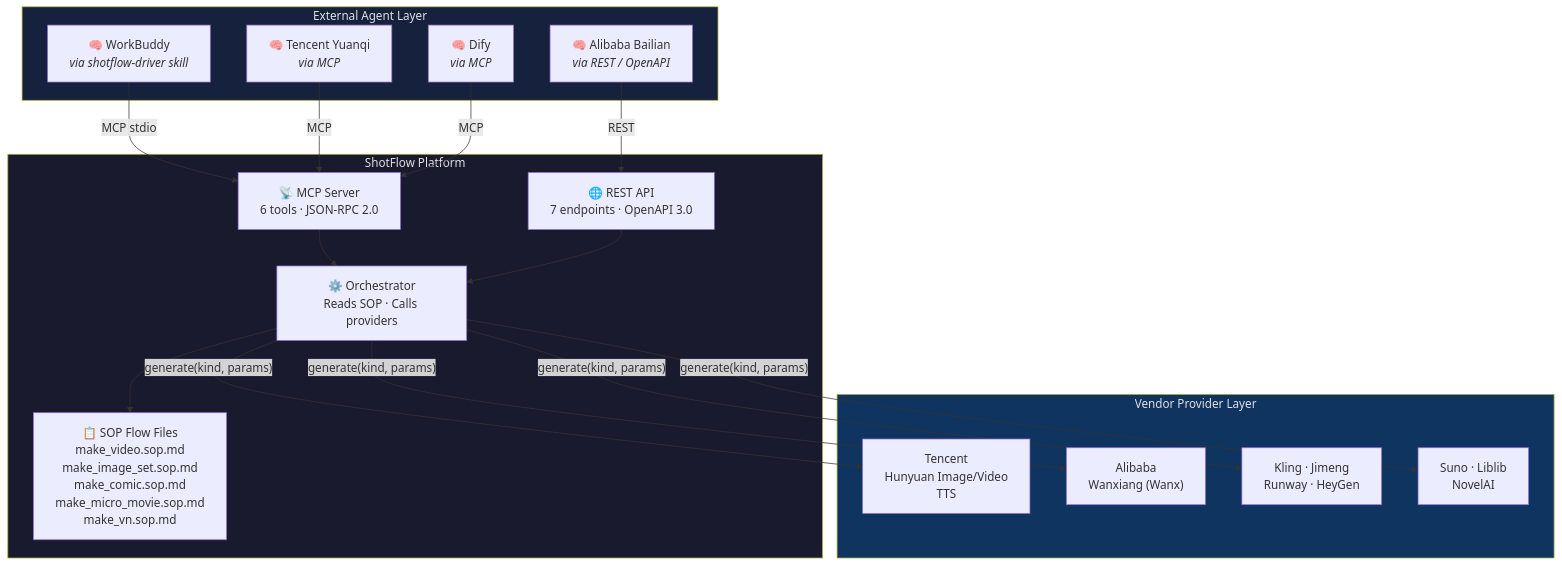
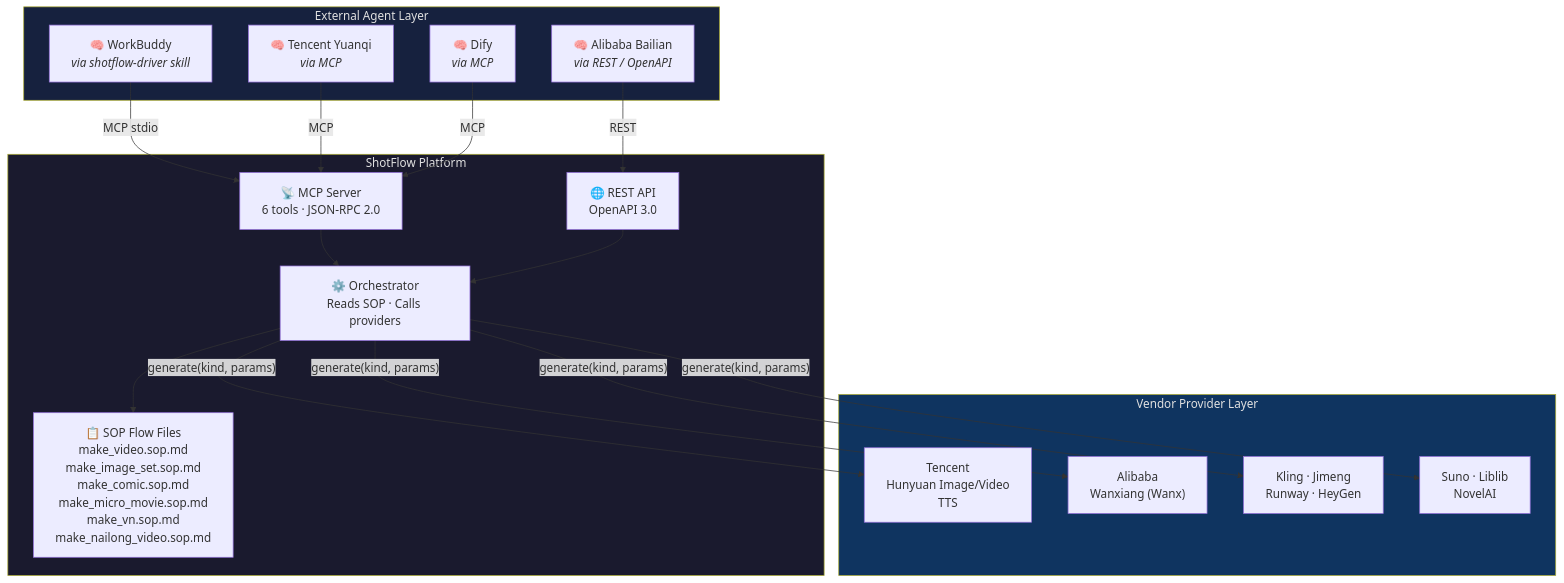
One commit to weed33834/ShotFlow changed the first of 6 diagrams in README.md. Above: the diagram before and after it, drawn with Mermaid. The commit also changed other lines of this file and 2 other files, not shown here.

````diff
--- a/README.md
+++ b/README.md
@@ -58,40 +58,40 @@
 ```mermaid
 graph TB
     subgraph External["External Agent Layer"]
         WB["🧠 WorkBuddy<br/><i>via shotflow-driver skill</i>"]
         YQ["🧠 Tencent Yuanqi<br/><i>via MCP</i>"]
         BL["🧠 Alibaba Bailian<br/><i>via REST / OpenAPI</i>"]
         DF["🧠 Dify<br/><i>via MCP</i>"]
     end
 
     subgraph ShotFlow["ShotFlow Platform"]
         MC["📡 MCP Server<br/>6 tools · JSON-RPC 2.0"]
-        API["🌐 REST API<br/>7 endpoints · OpenAPI 3.0"]
+        API["🌐 REST API<br/>OpenAPI 3.0"]
         OR["⚙️ Orchestrator<br/>Reads SOP · Calls providers"]
-        FL["📋 SOP Flow Files<br/>make_video.sop.md<br/>make_image_set.sop.md<br/>make_comic.sop.md<br/>make_micro_movie.sop.md<br/>make_vn.sop.md"]
+        FL["📋 SOP Flow Files<br/>make_video.sop.md<br/>make_image_set.sop.md<br/>make_comic.sop.md<br/>make_micro_movie.sop.md<br/>make_vn.sop.md<br/>make_nailong_video.sop.md"]
     end
 
     subgraph Providers["Vendor Provider Layer"]
         TX["Tencent<br/>Hunyuan Image/Video<br/>TTS"]
         AL["Alibaba<br/>Wanxiang (Wanx)"]
         KD["Kling · Jimeng<br/>Runway · HeyGen"]
         AU["Suno · Liblib<br/>NovelAI"]
     end
 
     WB -->|"MCP stdio"| MC
     YQ -->|"MCP"| MC
     BL -->|"REST"| API
     DF -->|"MCP"| MC
 
     MC --> OR
     API --> OR
     OR --> FL
     OR -->|"generate(kind, params)"| TX
     OR -->|"generate(kind, params)"| AL
     OR -->|"generate(kind, params)"| KD
     OR -->|"generate(kind, params)"| AU
 
     style ShotFlow fill:#1a1a2e,color:#e0e0e0
     style External fill:#16213e,color:#e0e0e0
     style Providers fill:#0f3460,color:#e0e0e0
 ```
````
